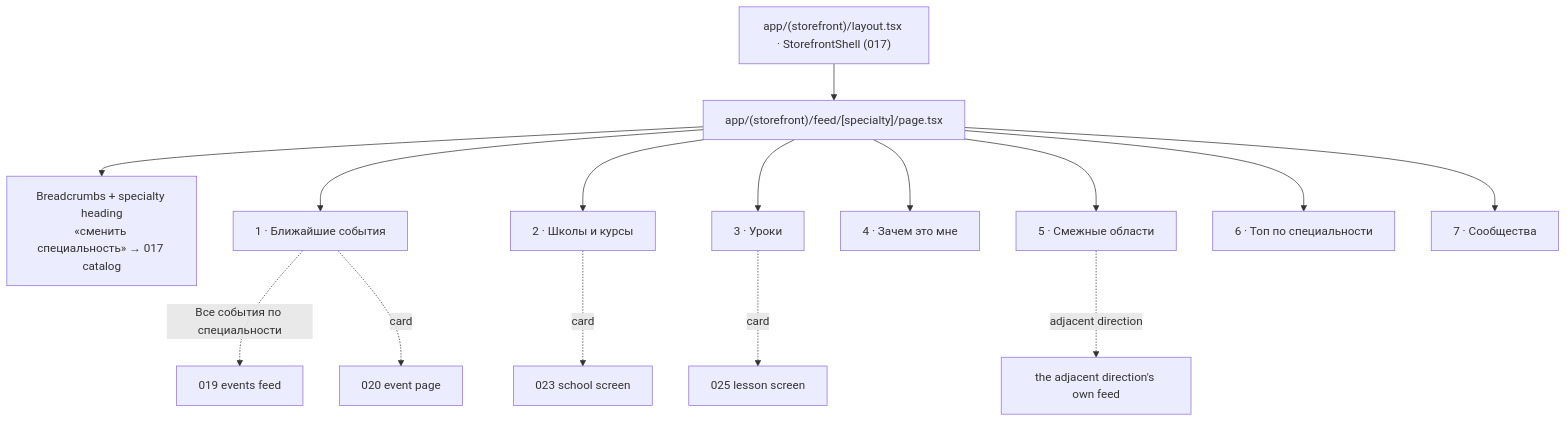
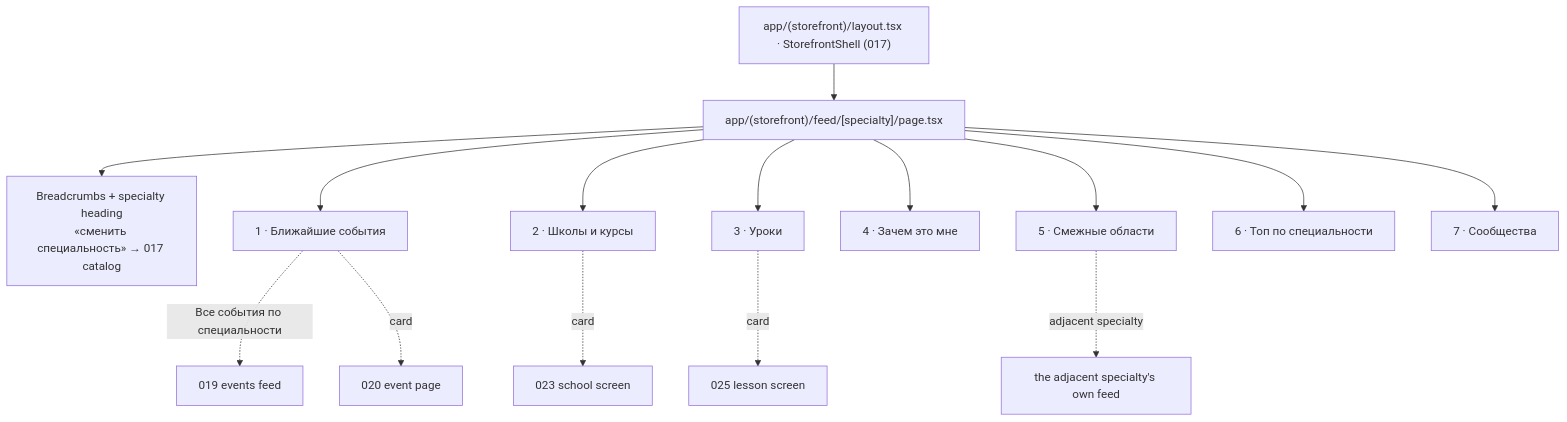
One commit to doctor-school/ds-platform changed the first of 5 diagrams in apps/docs/content/specs/features/018-specialty-feed/018-design.md. Above: the diagram before and after it, drawn with Mermaid. The commit also changed other lines of this file and 43 other files, not shown here.

First line of the commit message:
feat(1503): 018 EARS-8 — adjacent areas block on the specialty feed (#3945)

````diff
--- a/apps/docs/content/specs/features/018-specialty-feed/018-design.md
+++ b/apps/docs/content/specs/features/018-specialty-feed/018-design.md
@@ -19,19 +19,19 @@
 ```mermaid
 flowchart TD
   L["app/(storefront)/layout.tsx · StorefrontShell (017)"]
   F["app/(storefront)/feed/[specialty]/page.tsx"]
   L --> F
   F --> B0["Breadcrumbs + specialty heading<br/>«сменить специальность» → 017 catalog"]
   F --> B1["1 · Ближайшие события"]
   F --> B2["2 · Школы и курсы"]
   F --> B3["3 · Уроки"]
   F --> B4["4 · Зачем это мне"]
   F --> B5["5 · Смежные области"]
   F --> B6["6 · Топ по специальности"]
   F --> B7["7 · Сообщества"]
   B1 -. "Все события по специальности" .-> E019["019 events feed"]
   B2 -. card .-> S023["023 school screen"]
   B3 -. card .-> L025["025 lesson screen"]
   B1 -. card .-> P020["020 event page"]
-  B5 -. "adjacent direction" .-> FA["the adjacent direction's own feed"]
+  B5 -. "adjacent specialty" .-> FA["the adjacent specialty's own feed"]
 ```
````
